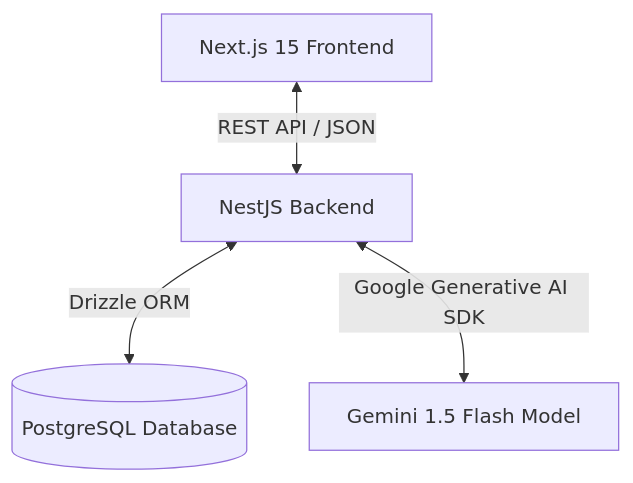
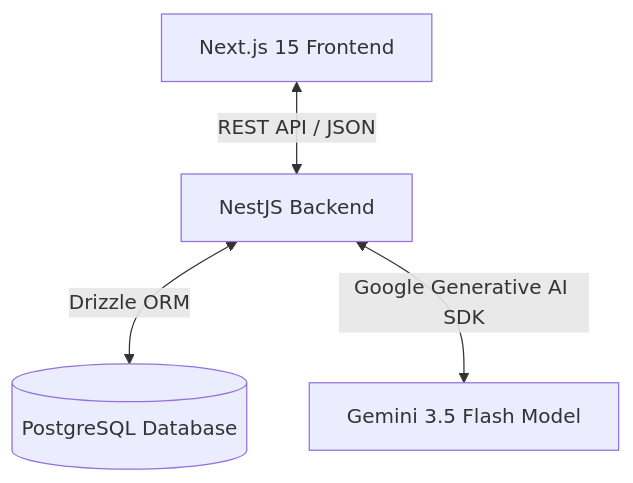
The first of 2 diagrams in README.md (fahadvm/patchwork), drawn with Mermaid before and after one commit. The commit also changed other lines of this file and 1 other file, not shown here.

Commit message:
fix(backend): upgrade deprecated gemini model to gemini-3.5-flash

````diff
--- a/README.md
+++ b/README.md
@@ -32,6 +32,6 @@
 ```mermaid
 graph TD
     Client[Next.js 15 Frontend] <-->|REST API / JSON| Server[NestJS Backend]
     Server <-->|Drizzle ORM| DB[(PostgreSQL Database)]
-    Server <-->|Google Generative AI SDK| Gemini[Gemini 1.5 Flash Model]
+    Server <-->|Google Generative AI SDK| Gemini[Gemini 3.5 Flash Model]
 ```
````
